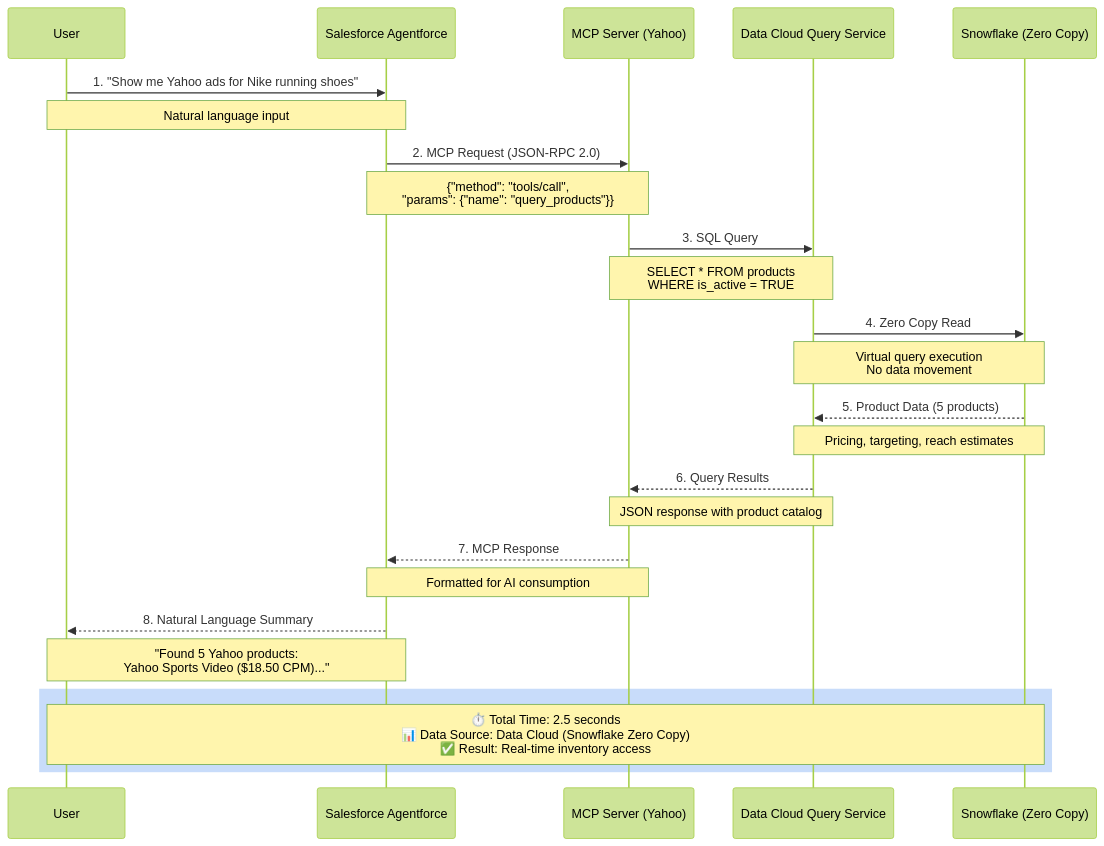
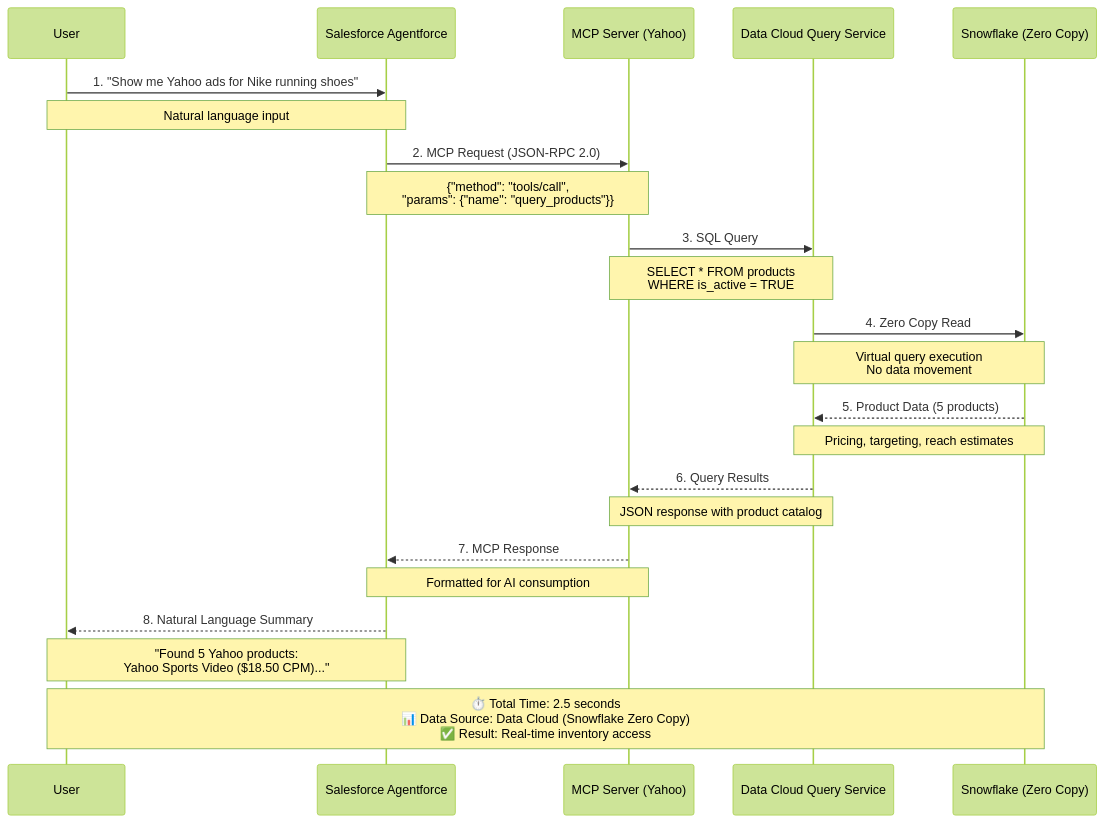
The second of 3 diagrams in TECHNOLOGY_BUSINESS_VISION.md (arupsarkar-sfdc/admcp-media-app), drawn with Mermaid (forest theme) before and after one commit. The commit also changed other lines of this file, not shown here.

````diff
--- a/TECHNOLOGY_BUSINESS_VISION.md
+++ b/TECHNOLOGY_BUSINESS_VISION.md
@@ -296,36 +296,34 @@
 ```mermaid
 sequenceDiagram
     participant User
     participant Agentforce as Salesforce Agentforce
     participant MCP as MCP Server (Yahoo)
     participant DataCloud as Data Cloud Query Service
     participant Snowflake as Snowflake (Zero Copy)
     
     User->>Agentforce: 1. "Show me Yahoo ads for Nike running shoes"
     Note over User,Agentforce: Natural language input
     
     Agentforce->>MCP: 2. MCP Request (JSON-RPC 2.0)
     Note over Agentforce,MCP: {"method": "tools/call",<br/>"params": {"name": "query_products"}}
     
     MCP->>DataCloud: 3. SQL Query
     Note over MCP,DataCloud: SELECT * FROM products<br/>WHERE is_active = TRUE
     
     DataCloud->>Snowflake: 4. Zero Copy Read
     Note over DataCloud,Snowflake: Virtual query execution<br/>No data movement
     
     Snowflake-->>DataCloud: 5. Product Data (5 products)
     Note over Snowflake,DataCloud: Pricing, targeting, reach estimates
     
     DataCloud-->>MCP: 6. Query Results
     Note over DataCloud,MCP: JSON response with product catalog
     
     MCP-->>Agentforce: 7. MCP Response
     Note over MCP,Agentforce: Formatted for AI consumption
     
     Agentforce-->>User: 8. Natural Language Summary
     Note over Agentforce,User: "Found 5 Yahoo products:<br/>Yahoo Sports Video ($18.50 CPM)..."
     
-    rect rgb(200, 220, 250)
-        Note over User,Snowflake: ⏱️ Total Time: 2.5 seconds<br/>📊 Data Source: Data Cloud (Snowflake Zero Copy)<br/>✅ Result: Real-time inventory access
-    end
+    Note over User,Snowflake: ⏱️ Total Time: 2.5 seconds<br/>📊 Data Source: Data Cloud (Snowflake Zero Copy)<br/>✅ Result: Real-time inventory access
 ```
````
